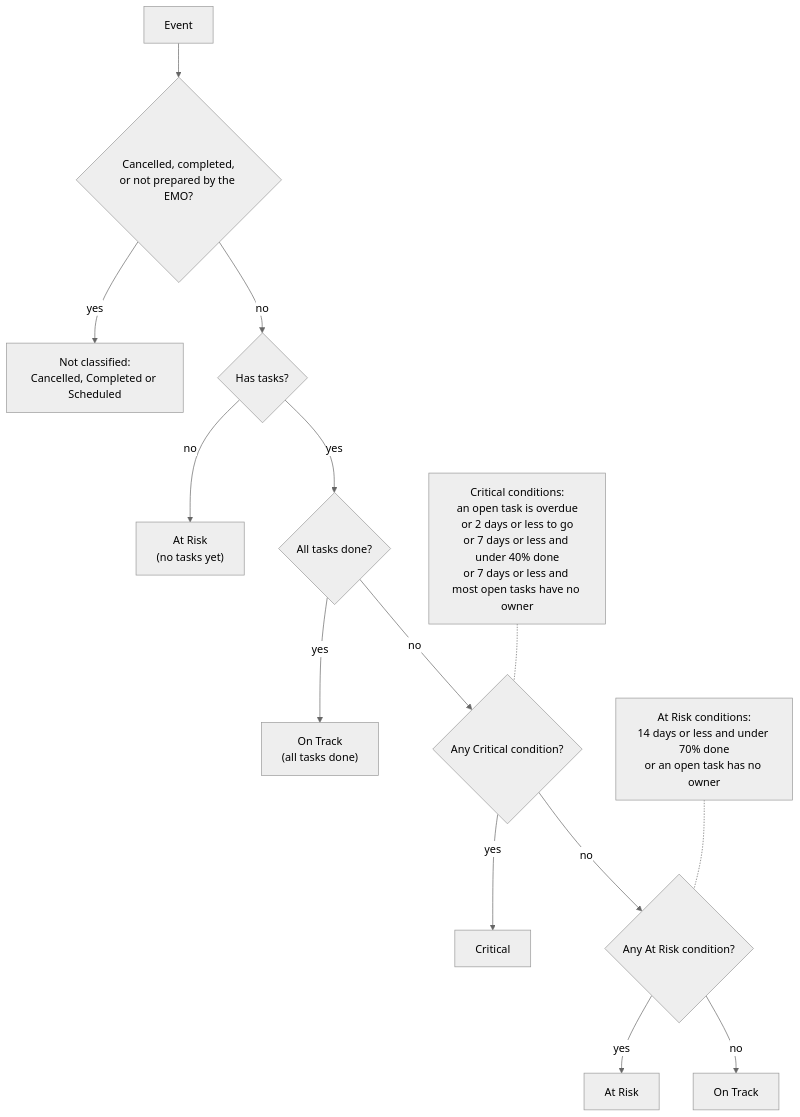
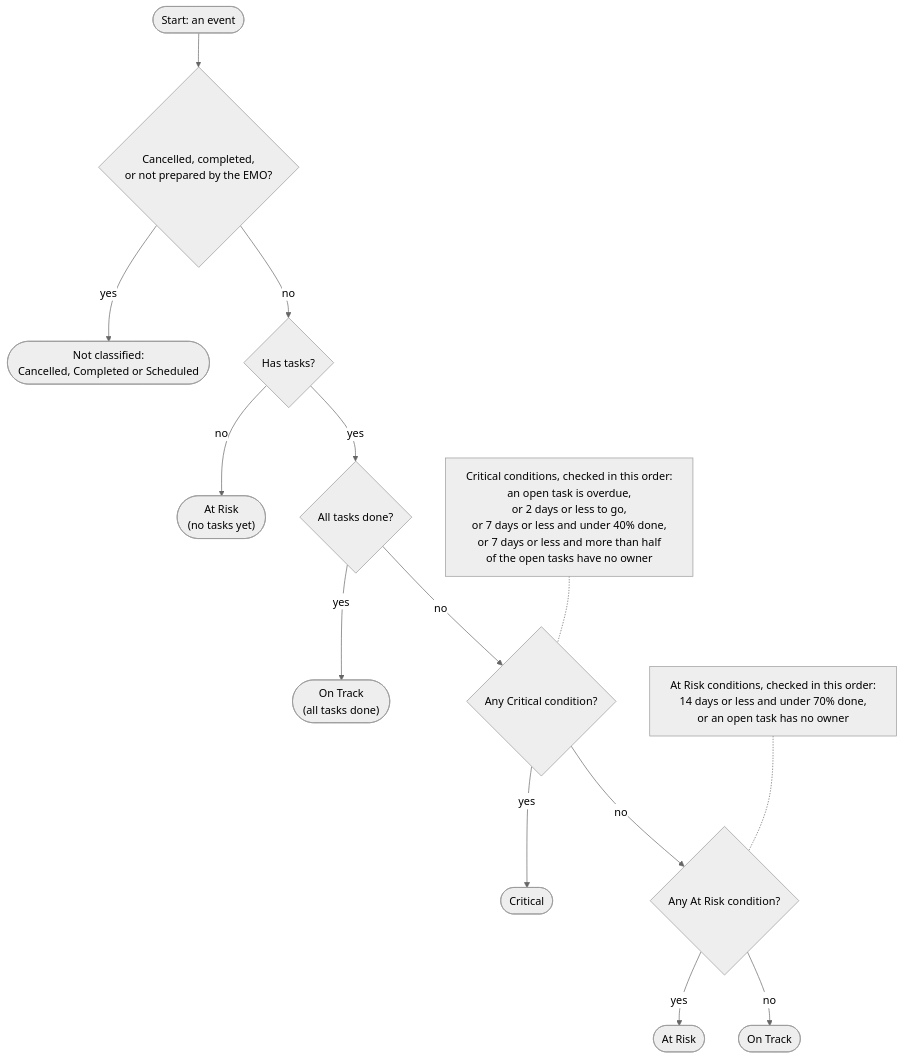
One commit to XyroneKyleYlanan/EMO-Tracker changed the third of 6 diagrams in docs/paper/CAPSTONE_PAPER_REFERENCE.md. Above: the diagram before and after it, drawn with Mermaid (neutral theme). The commit also changed other lines of this file and 54 other files, not shown here.

Commit message:
Review Chapter 3 diagrams and appendix screenshots: redraw diagrams, retake screenshots in role folders, add descriptions

````diff
--- a/docs/paper/CAPSTONE_PAPER_REFERENCE.md
+++ b/docs/paper/CAPSTONE_PAPER_REFERENCE.md
@@ -648,16 +636,21 @@
 ```mermaid
+---
+config:
+  flowchart:
+    wrappingWidth: 340
+---
 flowchart TD
-    A["Event"] --> B{"Cancelled, completed,<br/>or not prepared by the EMO?"}
-    B -- yes --> Bx["Not classified:<br/>Cancelled, Completed or Scheduled"]
+    A(["Start: an event"]) --> B{"Cancelled, completed,<br/>or not prepared by the EMO?"}
+    B -- yes --> Bx(["Not classified:<br/>Cancelled, Completed or Scheduled"])
     B -- no --> C{"Has tasks?"}
-    C -- no --> Y0["At Risk<br/>(no tasks yet)"]
+    C -- no --> Y0(["At Risk<br/>(no tasks yet)"])
     C -- yes --> D{"All tasks done?"}
-    D -- yes --> G0["On Track<br/>(all tasks done)"]
+    D -- yes --> G0(["On Track<br/>(all tasks done)"])
     D -- no --> R{"Any Critical condition?"}
-    R -- yes --> RED["Critical"]
+    R -- yes --> RED(["Critical"])
     R -- no --> Y{"Any At Risk condition?"}
-    Y -- yes --> YEL["At Risk"]
-    Y -- no --> GRN["On Track"]
-    RC["Critical conditions:<br/>an open task is overdue<br/>or 2 days or less to go<br/>or 7 days or less and under 40% done<br/>or 7 days or less and most open tasks have no owner"] -.- R
-    YC["At Risk conditions:<br/>14 days or less and under 70% done<br/>or an open task has no owner"] -.- Y
+    Y -- yes --> YEL(["At Risk"])
+    Y -- no --> GRN(["On Track"])
+    RC["Critical conditions, checked in this order:<br/>an open task is overdue,<br/>or 2 days or less to go,<br/>or 7 days or less and under 40% done,<br/>or 7 days or less and more than half<br/>of the open tasks have no owner"] -.- R
+    YC["At Risk conditions, checked in this order:<br/>14 days or less and under 70% done,<br/>or an open task has no owner"] -.- Y
 ```
````
